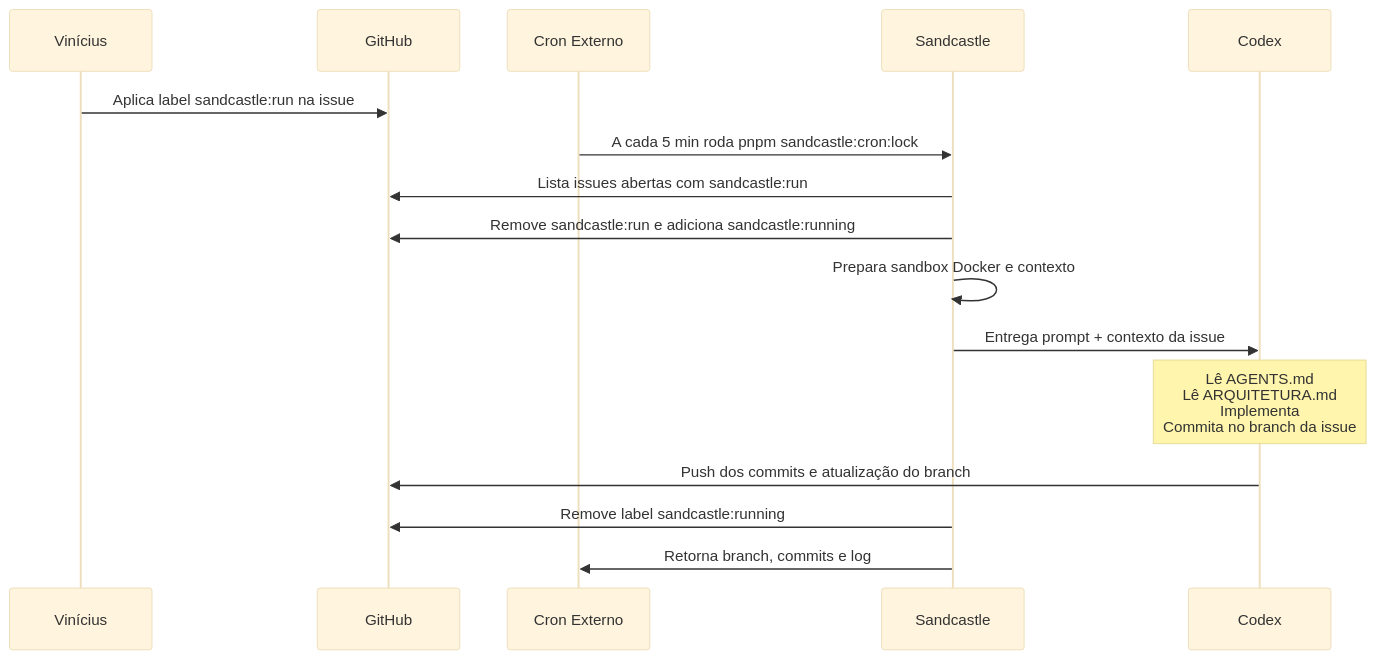
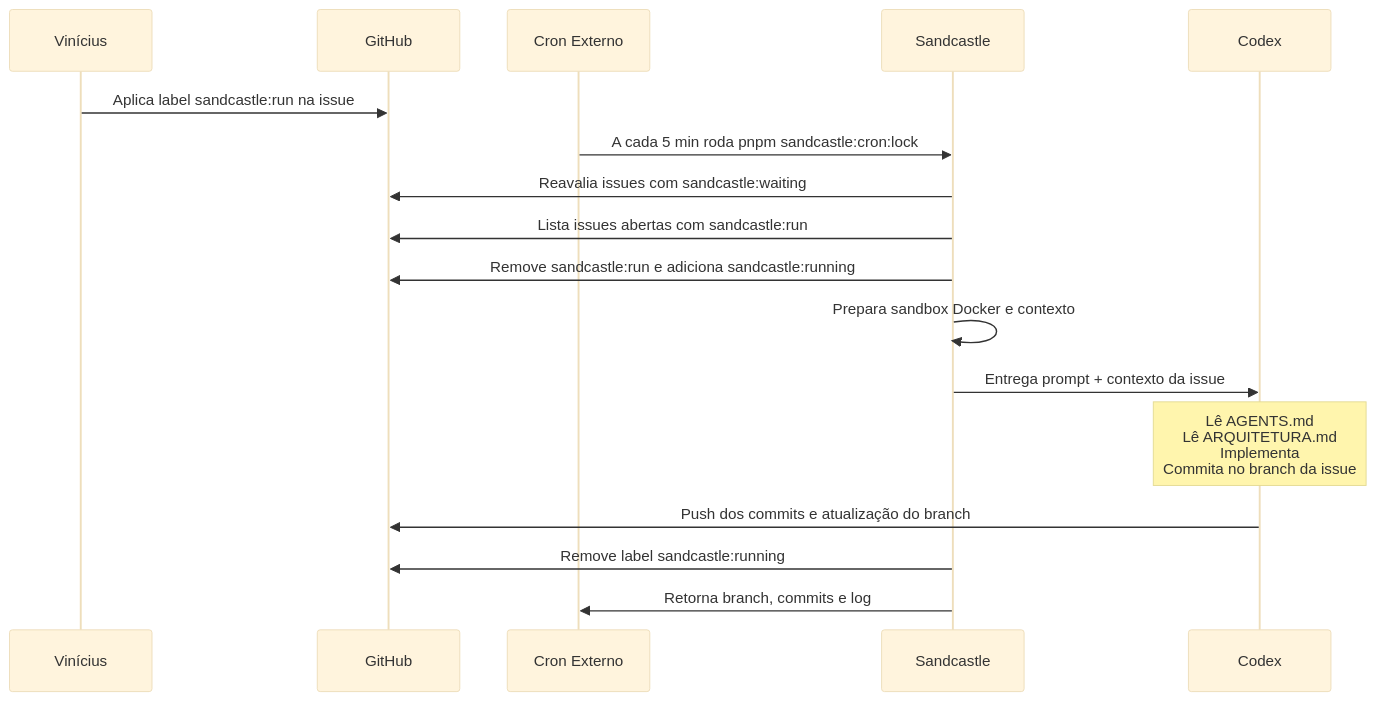
One commit to Dhinihan/fdp-online changed the diagram in ORQUESTRACAO.md. Above: the diagram before and after it, drawn with Mermaid (base theme). The commit also changed other lines of this file and 8 other files, not shown here.

````diff
--- a/ORQUESTRACAO.md
+++ b/ORQUESTRACAO.md
@@ -159,19 +161,20 @@
 ```mermaid
 sequenceDiagram
     participant V as Vinícius
     participant GH as GitHub
     participant X as Cron Externo
     participant S as Sandcastle
     participant C as Codex
 
     V->>GH: Aplica label sandcastle:run na issue
     X->>S: A cada 5 min roda pnpm sandcastle:cron:lock
+    S->>GH: Reavalia issues com sandcastle:waiting
     S->>GH: Lista issues abertas com sandcastle:run
     S->>GH: Remove sandcastle:run e adiciona sandcastle:running
     S->>S: Prepara sandbox Docker e contexto
     S->>C: Entrega prompt + contexto da issue
     Note over C: Lê AGENTS.md<br/>Lê ARQUITETURA.md<br/>Implementa<br/>Commita no branch da issue
     C->>GH: Push dos commits e atualização do branch
     S->>GH: Remove label sandcastle:running
     S->>X: Retorna branch, commits e log
 ```
````
